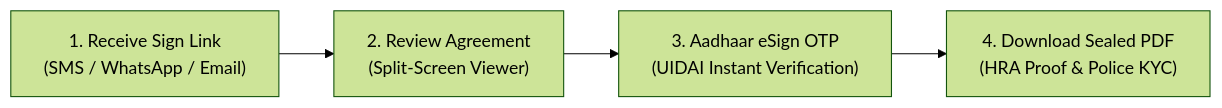
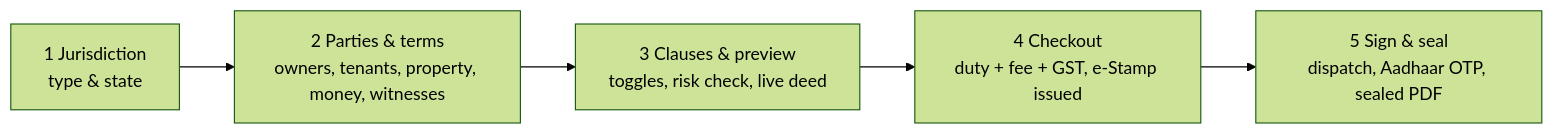
Before and after one commit to shinevijayan03/golegal_os: the diagram in USAGE_DOCUMENTATION.md, drawn with Mermaid (forest theme). The commit also changed other lines of this file and 60 other files, not shown here.

````diff
--- a/USAGE_DOCUMENTATION.md
+++ b/USAGE_DOCUMENTATION.md
@@ -14,6 +31,7 @@
 ```mermaid
 flowchart LR
-    Receive["1. Receive Sign Link<br/>(SMS / WhatsApp / Email)"] --> Review["2. Review Agreement<br/>(Split-Screen Viewer)"]
-    Review --> eSign["3. Aadhaar eSign OTP<br/>(UIDAI Instant Verification)"]
-    eSign --> Download["4. Download Sealed PDF<br/>(HRA Proof & Police KYC)"]
+    A["1 Jurisdiction<br/>type & state"] --> B["2 Parties & terms<br/>owners, tenants, property, money, witnesses"]
+    B --> C["3 Clauses & preview<br/>toggles, risk check, live deed"]
+    C --> D["4 Checkout<br/>duty + fee + GST, e-Stamp issued"]
+    D --> E["5 Sign & seal<br/>dispatch, Aadhaar OTP, sealed PDF"]
 ```
````
